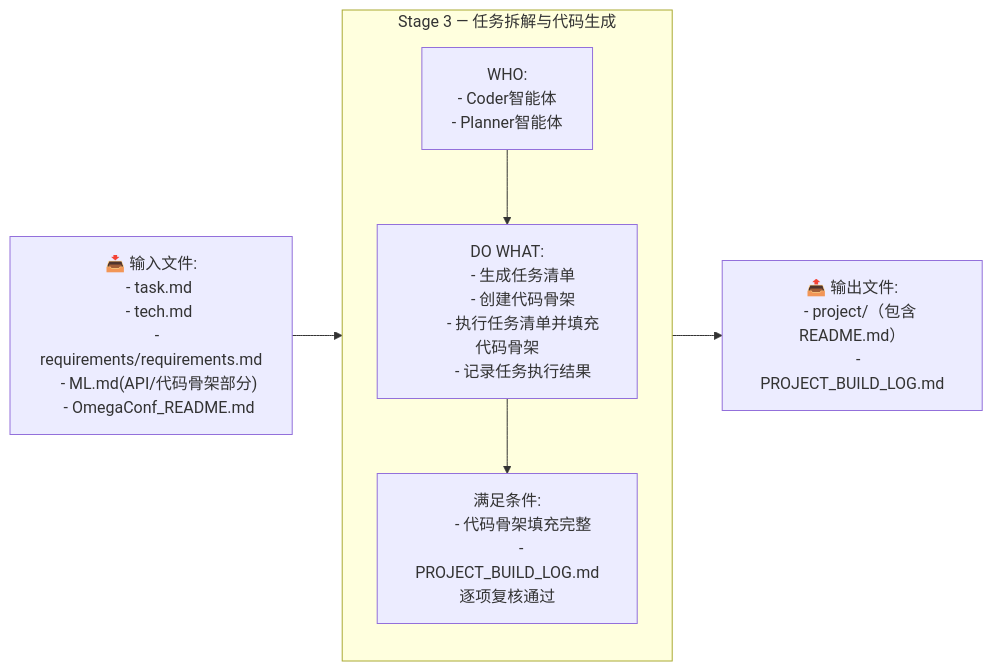
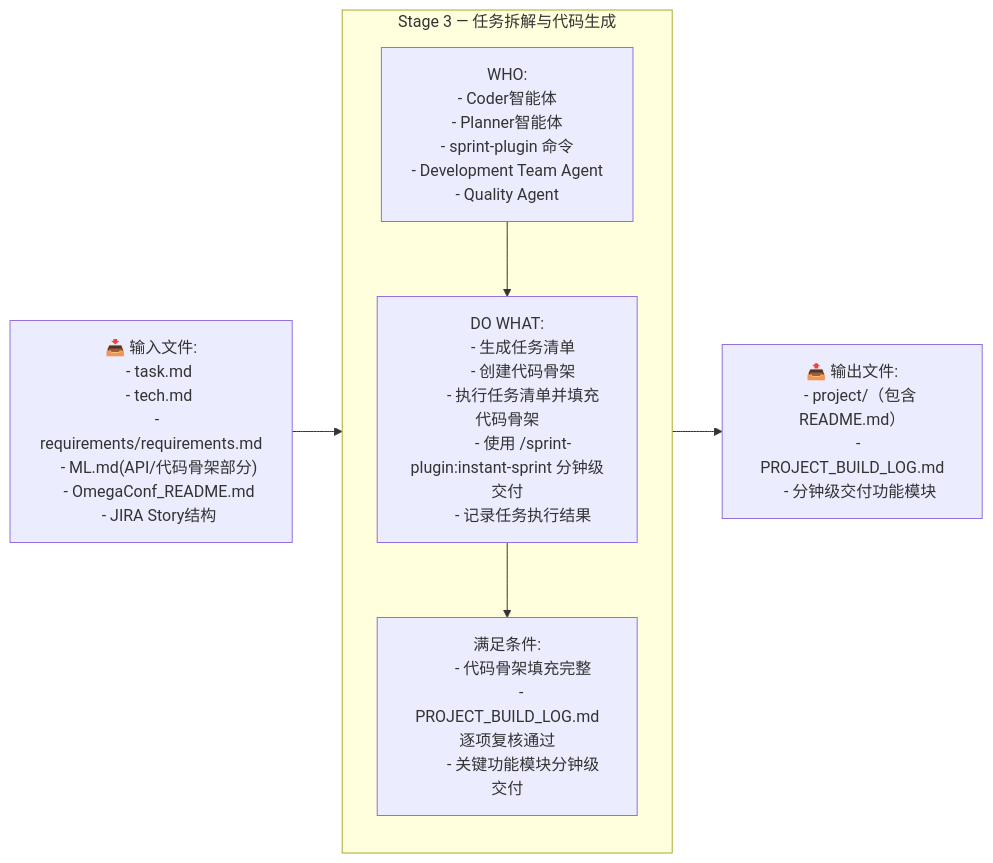
Before and after one commit to ouyangshixiong/context-engineering-zh: the fourth of 16 diagrams in README.md, drawn with Mermaid. The commit also changed other lines of this file and 5 other files, not shown here.

````diff
--- a/README.md
+++ b/README.md
@@ -213,35 +239,42 @@
 ```mermaid
 flowchart LR
     %% ================= Stage 3 =================
     I3["📥 输入文件:
     - task.md
     - tech.md
     - requirements/requirements.md
     - ML.md(API/代码骨架部分)
-    - OmegaConf_README.md"]
+    - OmegaConf_README.md
+    - JIRA Story结构"]
 
     O3["📤 输出文件:
     - project/（包含README.md）
-    - PROJECT_BUILD_LOG.md"]
+    - PROJECT_BUILD_LOG.md
+    - 分钟级交付功能模块"]
 
     subgraph S3["Stage 3 — 任务拆解与代码生成"]
         direction TB
         W3["WHO:
         - Coder智能体
-        - Planner智能体"]
+        - Planner智能体
+        - sprint-plugin 命令
+        - Development Team Agent
+        - Quality Agent"]
 
         A3["DO WHAT:
         - 生成任务清单
         - 创建代码骨架
         - 执行任务清单并填充代码骨架
+        - 使用 /sprint-plugin:instant-sprint 分钟级交付
         - 记录任务执行结果"]
 
         V3["满足条件:
         - 代码骨架填充完整
-        - PROJECT_BUILD_LOG.md逐项复核通过"]
+        - PROJECT_BUILD_LOG.md逐项复核通过
+        - 关键功能模块分钟级交付"]
 
         W3 --> A3 --> V3
     end
 
     I3 --> S3 --> O3
 ```
````
